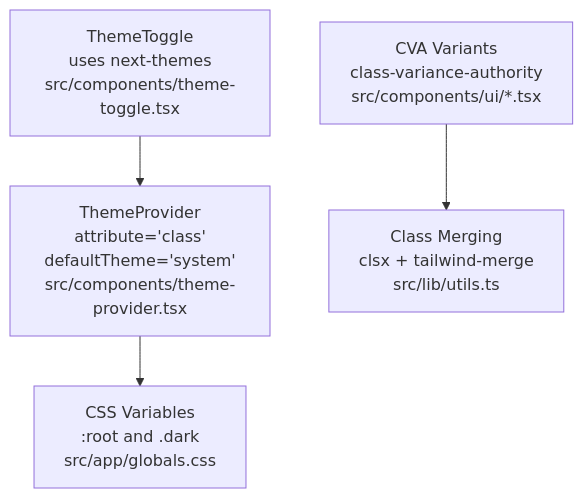
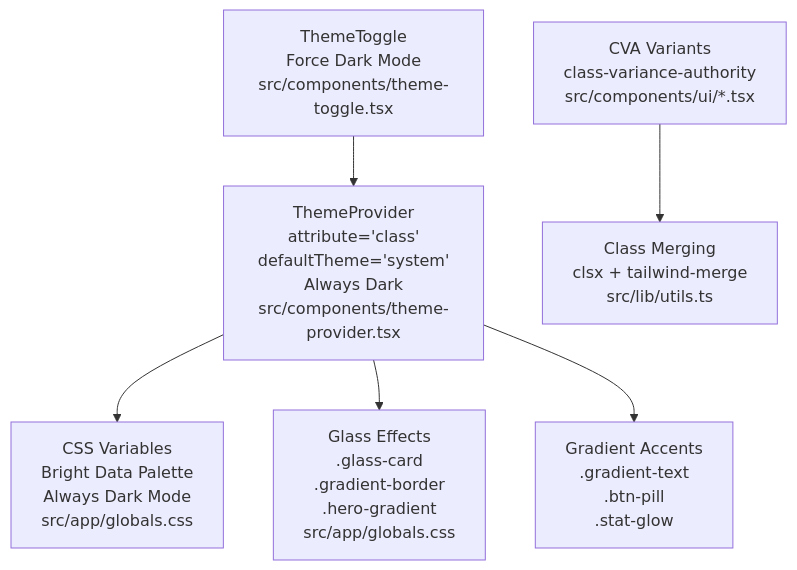
One commit to alikizang/datafrica changed the second of 8 diagrams in .qoder/repowiki/en/content/UI Components/UI Components.md. Above: the diagram before and after it, drawn with Mermaid. The commit also changed other lines of this file and 15 other files, not shown here.

````diff
--- a/.qoder/repowiki/en/content/UI Components/UI Components.md
+++ b/.qoder/repowiki/en/content/UI Components/UI Components.md
@@ -160,11 +196,15 @@
 ```mermaid
 graph TB
-CSSVars["CSS Variables<br/>:root and .dark<br/>src/app/globals.css"]
-ThemeProvider["ThemeProvider<br/>attribute='class'<br/>defaultTheme='system'<br/>src/components/theme-provider.tsx"]
-ThemeToggle["ThemeToggle<br/>uses next-themes<br/>src/components/theme-toggle.tsx"]
+CSSVars["CSS Variables<br/>Bright Data Palette<br/>Always Dark Mode<br/>src/app/globals.css"]
+ThemeProvider["ThemeProvider<br/>attribute='class'<br/>defaultTheme='system'<br/>Always Dark<br/>src/components/theme-provider.tsx"]
+ThemeToggle["ThemeToggle<br/>Force Dark Mode<br/>src/components/theme-toggle.tsx"]
+GlassEffects["Glass Effects<br/>.glass-card<br/>.gradient-border<br/>.hero-gradient<br/>src/app/globals.css"]
+GradientAccents["Gradient Accents<br/>.gradient-text<br/>.btn-pill<br/>.stat-glow"]
 CVA["CVA Variants<br/>class-variance-authority<br/>src/components/ui/*.tsx"]
 CLX["Class Merging<br/>clsx + tailwind-merge<br/>src/lib/utils.ts"]
 ThemeProvider --> CSSVars
 ThemeToggle --> ThemeProvider
+ThemeProvider --> GlassEffects
+ThemeProvider --> GradientAccents
 CVA --> CLX
 ```
````
